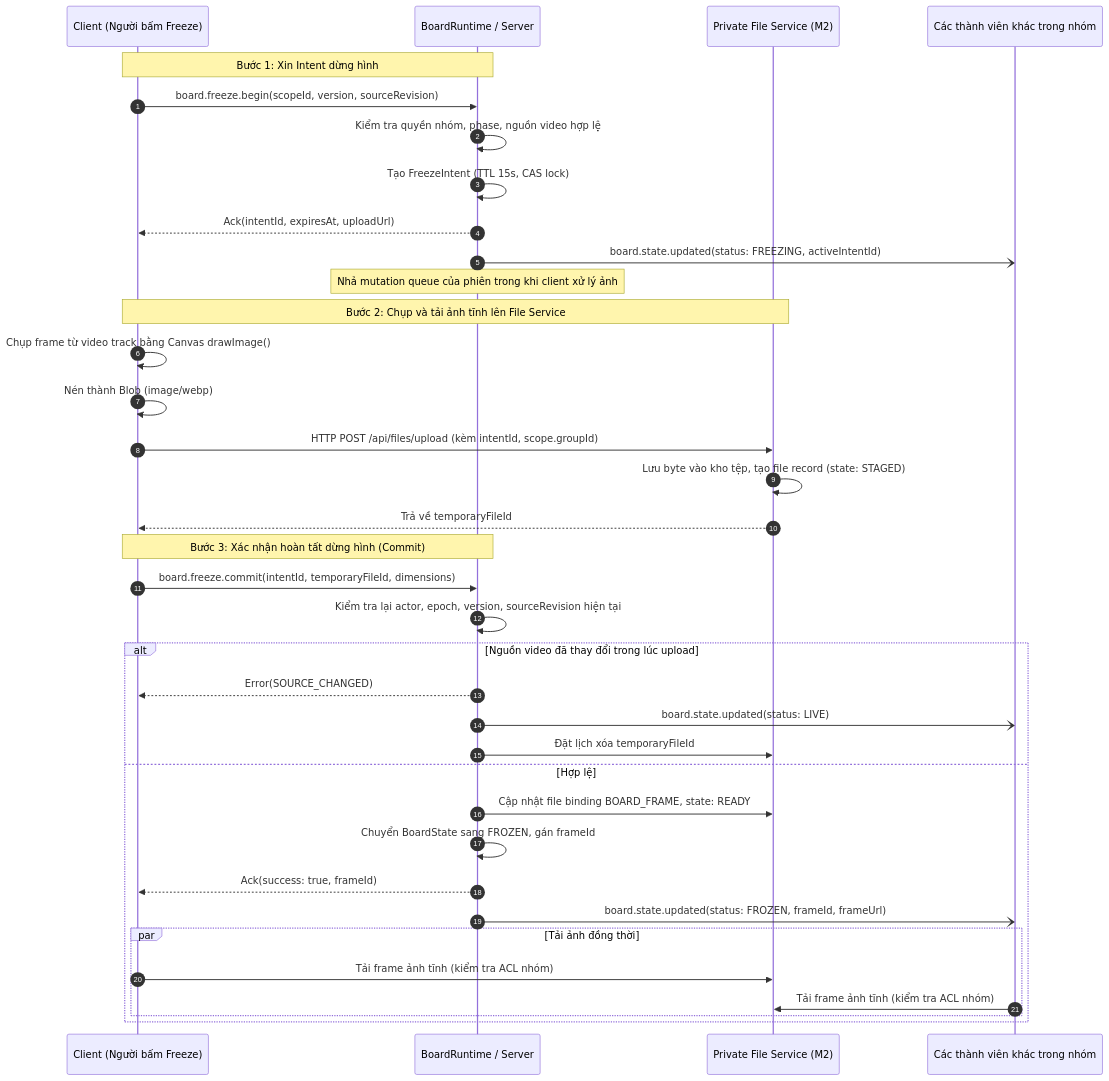
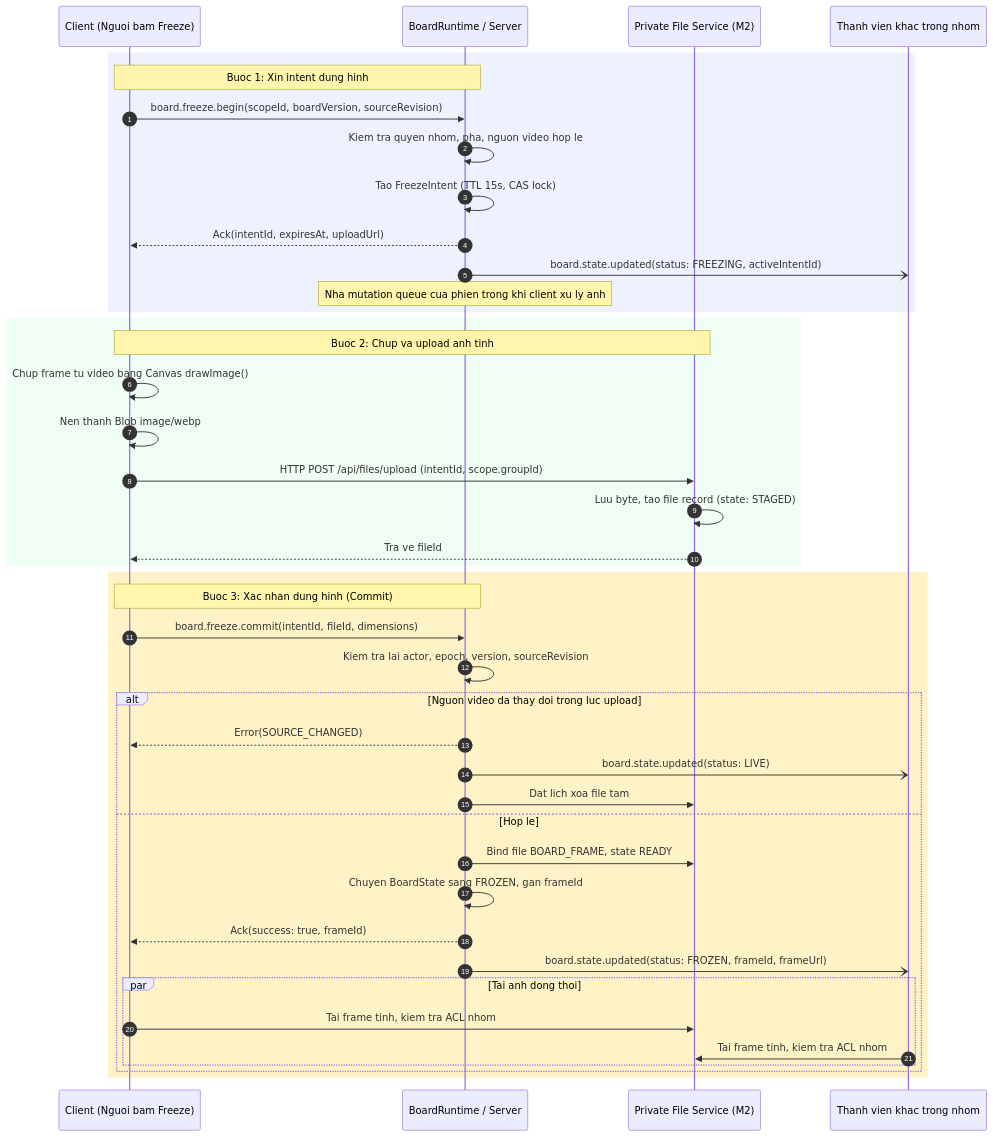
One commit to Lightning1507/CoLearnia changed the fifth of 13 diagrams in docs/proposals/m5-board.md. Above: the diagram before and after it, drawn with Mermaid. The commit also changed other lines of this file, not shown here.

Commit message:
docs(board): enhance proposal with state machines, matrices, and glossary

````diff
--- a/docs/proposals/m5-board.md
+++ b/docs/proposals/m5-board.md
@@ -379,41 +568,47 @@
 ```mermaid
 sequenceDiagram
   autonumber
-  participant C as Client (Người bấm Freeze)
+  participant C as Client (Nguoi bam Freeze)
   participant S as BoardRuntime / Server
   participant F as Private File Service (M2)
-  participant G as Các thành viên khác trong nhóm
+  participant G as Thanh vien khac trong nhom
 
-  Note over C,S: Bước 1: Xin Intent dừng hình
-  C->>S: board.freeze.begin(scopeId, version, sourceRevision)
-  S->>S: Kiểm tra quyền nhóm, phase, nguồn video hợp lệ
-  S->>S: Tạo FreezeIntent (TTL 15s, CAS lock)
-  S-->>C: Ack(intentId, expiresAt, uploadUrl)
-  S-)G: board.state.updated(status: FREEZING, activeIntentId)
-  Note over S: Nhả mutation queue của phiên trong khi client xử lý ảnh
+  rect rgb(238, 242, 255)
+    Note over C,S: Buoc 1: Xin intent dung hinh
+    C->>S: board.freeze.begin(scopeId, boardVersion, sourceRevision)
+    S->>S: Kiem tra quyen nhom, pha, nguon video hop le
+    S->>S: Tao FreezeIntent (TTL 15s, CAS lock)
+    S-->>C: Ack(intentId, expiresAt, uploadUrl)
+    S-)G: board.state.updated(status: FREEZING, activeIntentId)
+    Note over S: Nha mutation queue cua phien trong khi client xu ly anh
+  end
 
-  Note over C,F: Bước 2: Chụp và tải ảnh tĩnh lên File Service
-  C->>C: Chụp frame từ video track bằng Canvas drawImage()
-  C->>C: Nén thành Blob (image/webp)
-  C->>F: HTTP POST /api/files/upload (kèm intentId, scope.groupId)
-  F->>F: Lưu byte vào kho tệp, tạo file record (state: STAGED)
-  F-->>C: Trả về temporaryFileId
+  rect rgb(240, 253, 244)
+    Note over C,F: Buoc 2: Chup va upload anh tinh
+    C->>C: Chup frame tu video bang Canvas drawImage()
+    C->>C: Nen thanh Blob image/webp
+    C->>F: HTTP POST /api/files/upload (intentId, scope.groupId)
+    F->>F: Luu byte, tao file record (state: STAGED)
+    F-->>C: Tra ve fileId
+  end
 
-  Note over C,S: Bước 3: Xác nhận hoàn tất dừng hình (Commit)
-  C->>S: board.freeze.commit(intentId, temporaryFileId, dimensions)
-  S->>S: Kiểm tra lại actor, epoch, version, sourceRevision hiện tại
-  alt Nguồn video đã thay đổi trong lúc upload
-    S-->>C: Error(SOURCE_CHANGED)
-    S-)G: board.state.updated(status: LIVE)
-    S->>F: Đặt lịch xóa temporaryFileId
-  else Hợp lệ
-    S->>F: Cập nhật file binding BOARD_FRAME, state: READY
-    S->>S: Chuyển BoardState sang FROZEN, gán frameId
-    S-->>C: Ack(success: true, frameId)
-    S-)G: board.state.updated(status: FROZEN, frameId, frameUrl)
-    par Tải ảnh đồng thời
-      C->>F: Tải frame ảnh tĩnh (kiểm tra ACL nhóm)
-      G->>F: Tải frame ảnh tĩnh (kiểm tra ACL nhóm)
+  rect rgb(254, 243, 199)
+    Note over C,S: Buoc 3: Xac nhan dung hinh (Commit)
+    C->>S: board.freeze.commit(intentId, fileId, dimensions)
+    S->>S: Kiem tra lai actor, epoch, version, sourceRevision
+    alt Nguon video da thay doi trong luc upload
+      S-->>C: Error(SOURCE_CHANGED)
+      S-)G: board.state.updated(status: LIVE)
+      S->>F: Dat lich xoa file tam
+    else Hop le
+      S->>F: Bind file BOARD_FRAME, state READY
+      S->>S: Chuyen BoardState sang FROZEN, gan frameId
+      S-->>C: Ack(success: true, frameId)
+      S-)G: board.state.updated(status: FROZEN, frameId, frameUrl)
+      par Tai anh dong thoi
+        C->>F: Tai frame tinh, kiem tra ACL nhom
+        G->>F: Tai frame tinh, kiem tra ACL nhom
+      end
     end
   end
 ```
````
